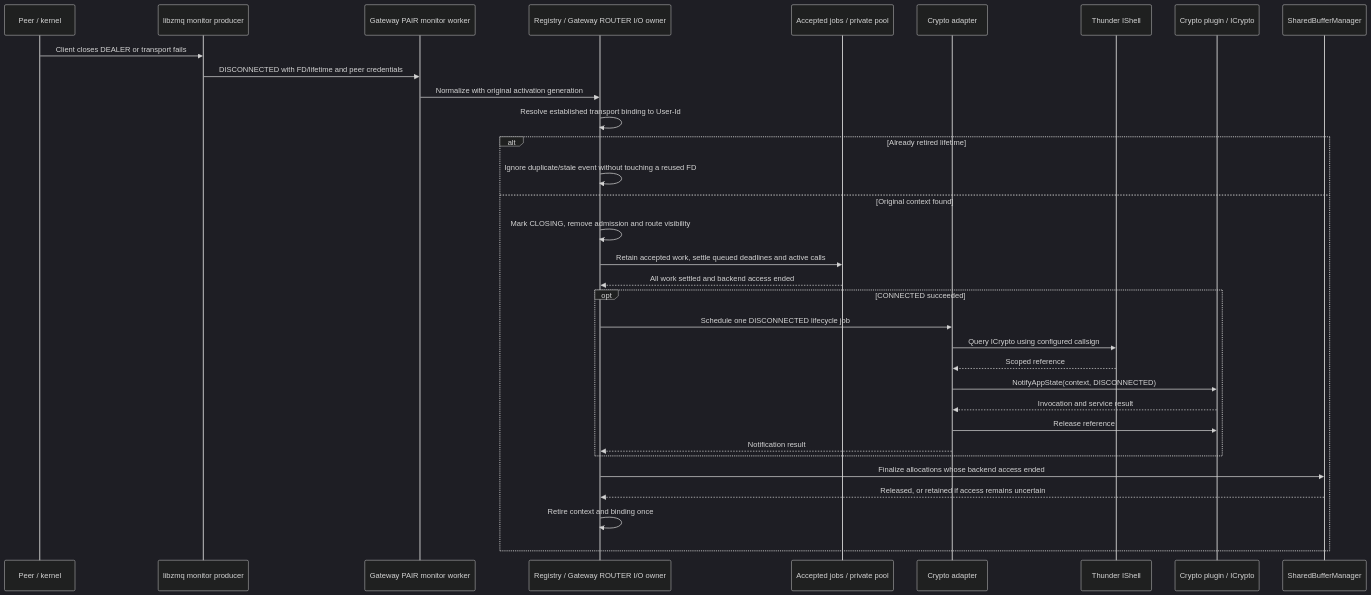
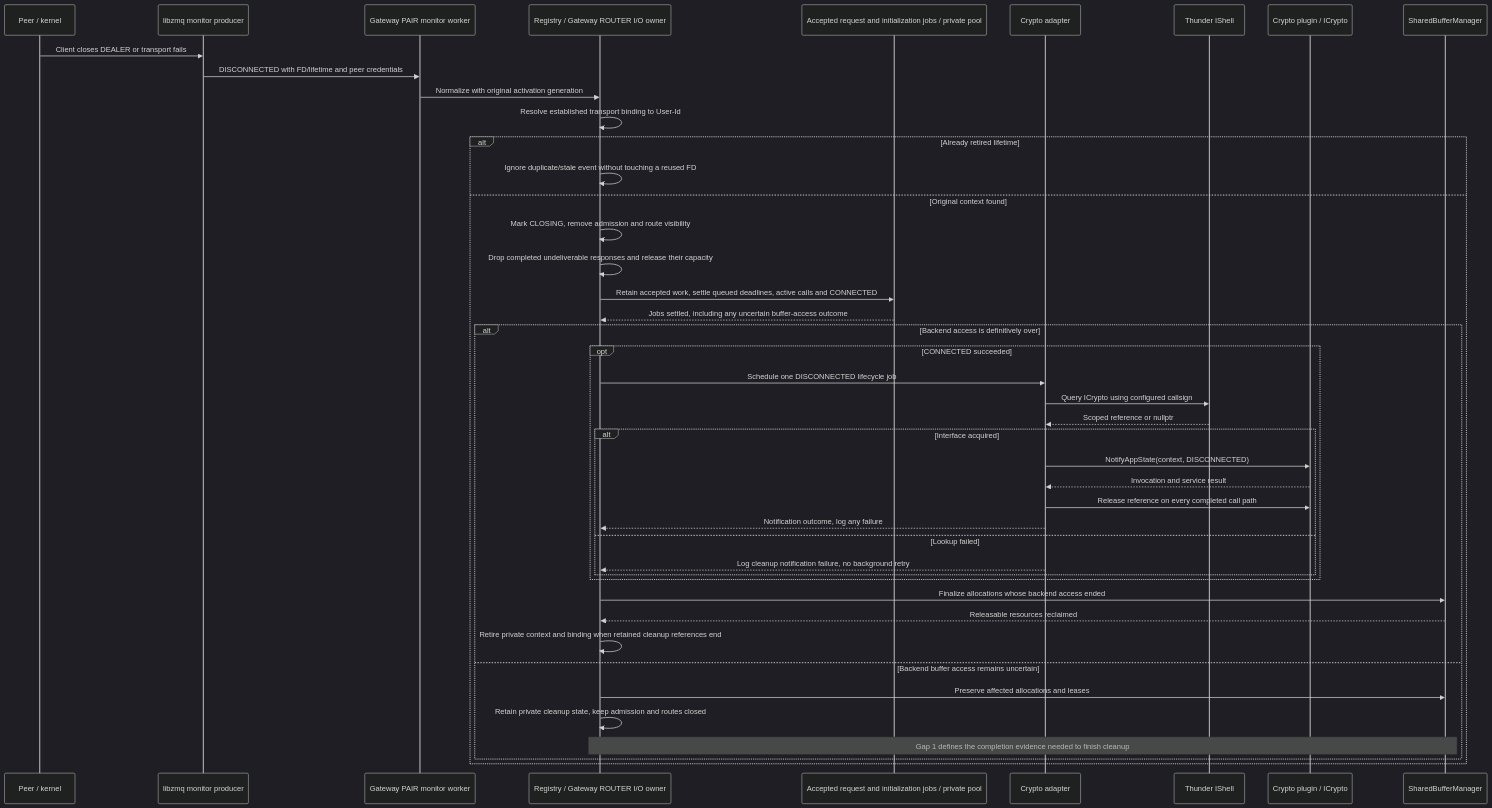
Diagram 30 of 35 in doc/EyilSecureGateway.md (rdkcentral/eyil-secure-gateway), drawn with Mermaid (dark theme) before and after one commit. The commit also changed other lines of this file, not shown here.

````diff
--- a/doc/EyilSecureGateway.md
+++ b/doc/EyilSecureGateway.md
@@ -3287,35 +4040,46 @@
 ```mermaid
 sequenceDiagram
     participant P as Peer / kernel
     participant Z as libzmq monitor producer
     participant M as Gateway PAIR monitor worker
     participant REG as Registry / Gateway ROUTER I/O owner
-    participant J as Accepted jobs / private pool
+    participant J as Accepted request and initialization jobs / private pool
     participant C as Crypto adapter
     participant T as Thunder IShell
     participant CP as Crypto plugin / ICrypto
     participant B as SharedBufferManager
     P->>Z: Client closes DEALER or transport fails
     Z->>M: DISCONNECTED with FD/lifetime and peer credentials
     M->>REG: Normalize with original activation generation
     REG->>REG: Resolve established transport binding to User-Id
     alt Already retired lifetime
         REG->>REG: Ignore duplicate/stale event without touching a reused FD
     else Original context found
         REG->>REG: Mark CLOSING, remove admission and route visibility
-        REG->>J: Retain accepted work, settle queued deadlines and active calls
-        J-->>REG: All work settled and backend access ended
-        opt CONNECTED succeeded
-            REG->>C: Schedule one DISCONNECTED lifecycle job
-            C->>T: Query ICrypto using configured callsign
-            T-->>C: Scoped reference
-            C->>CP: NotifyAppState(context, DISCONNECTED)
-            CP-->>C: Invocation and service result
-            C->>CP: Release reference
-            C-->>REG: Notification result
+        REG->>REG: Drop completed undeliverable responses and release their capacity
+        REG->>J: Retain accepted work, settle queued deadlines, active calls and CONNECTED
+        J-->>REG: Jobs settled, including any uncertain buffer-access outcome
+        alt Backend access is definitively over
+            opt CONNECTED succeeded
+                REG->>C: Schedule one DISCONNECTED lifecycle job
+                C->>T: Query ICrypto using configured callsign
+                T-->>C: Scoped reference or nullptr
+                alt Interface acquired
+                    C->>CP: NotifyAppState(context, DISCONNECTED)
+                    CP-->>C: Invocation and service result
+                    C->>CP: Release reference on every completed call path
+                    C-->>REG: Notification outcome, log any failure
+                else Lookup failed
+                    C-->>REG: Log cleanup notification failure, no background retry
+                end
+            end
+            REG->>B: Finalize allocations whose backend access ended
+            B-->>REG: Releasable resources reclaimed
+            REG->>REG: Retire private context and binding when retained cleanup references end
+        else Backend buffer access remains uncertain
+            REG->>B: Preserve affected allocations and leases
+            REG->>REG: Retain private cleanup state, keep admission and routes closed
+            Note over REG,B: Gap 1 defines the completion evidence needed to finish cleanup
         end
-        REG->>B: Finalize allocations whose backend access ended
-        B-->>REG: Released, or retained if access remains uncertain
-        REG->>REG: Retire context and binding once
     end
 ```
````
